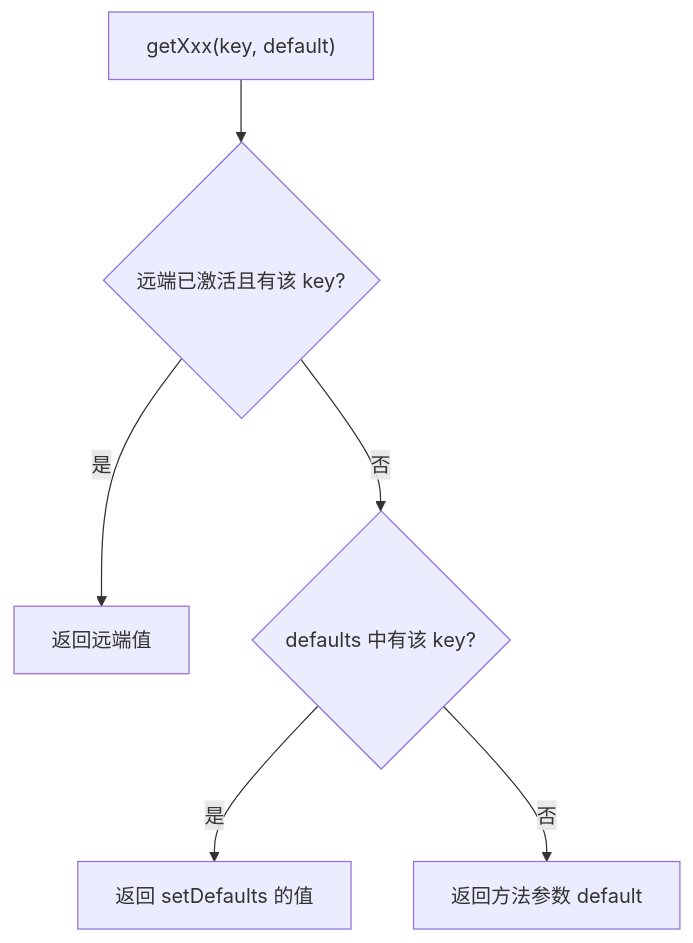
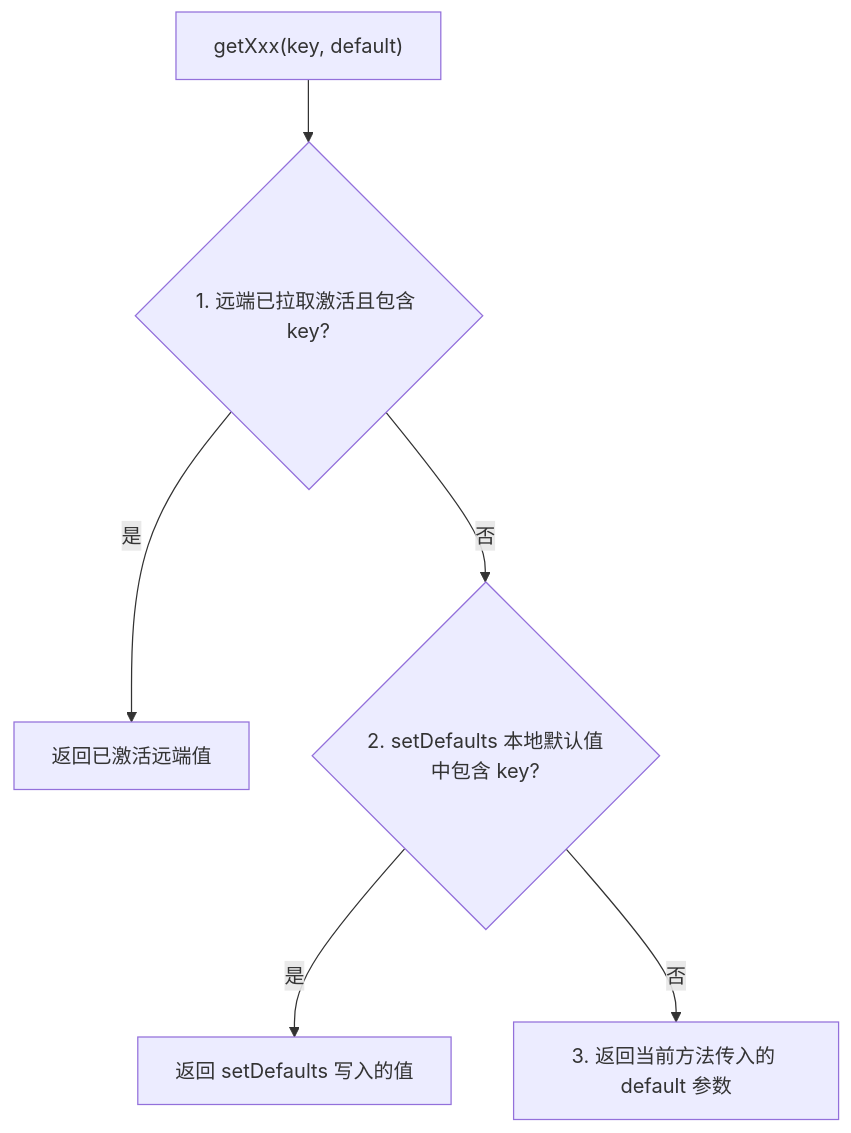
One commit to e-hai/AbTestingKit-Android changed the second of 2 diagrams in README.md. Above: the diagram before and after it, drawn with Mermaid. The commit also changed other lines of this file and 2 other files, not shown here.

Commit message:
Update docs and set version to 1.0.0

````diff
--- a/README.md
+++ b/README.md
@@ -89,8 +58,8 @@
 ```mermaid
 flowchart TD
-  Start["getXxx(key, default)"] --> Remote{"远端已激活且有该 key?"}
-  Remote -->|是| UseRemote["返回远端值"]
-  Remote -->|否| Defaults{"defaults 中有该 key?"}
-  Defaults -->|是| UseDefaults["返回 setDefaults 的值"]
-  Defaults -->|否| UseParam["返回方法参数 default"]
+  Start["getXxx(key, default)"] --> Remote{"1. 远端已拉取激活且包含 key?"}
+  Remote -->|是| UseRemote["返回已激活远端值"]
+  Remote -->|否| Defaults{"2. setDefaults 本地默认值中包含 key?"}
+  Defaults -->|是| UseDefaults["返回 setDefaults 写入的值"]
+  Defaults -->|否| UseParam["3. 返回当前方法传入的 default 参数"]
 ```
````
